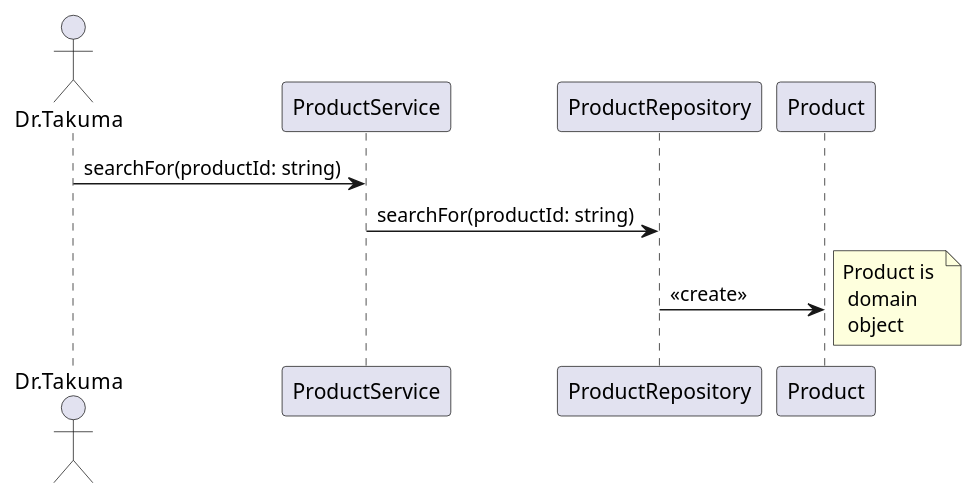
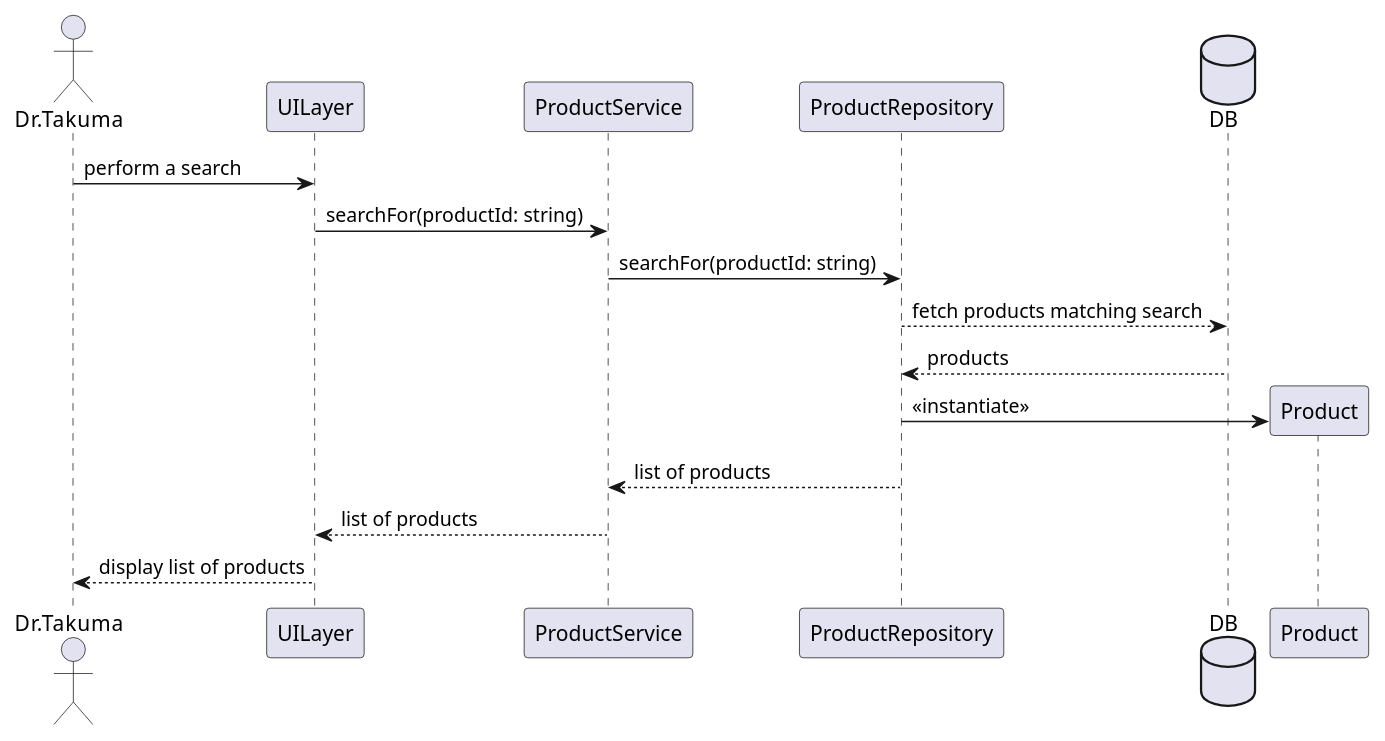
One commit to takumab/medical-supply-order-system-api- changed the diagram in service-level.puml. Above: the diagram before and after it, drawn with PlantUML. The commit also changed 3 other files, not shown here.

Commit message:
Implemented Hexagonal Architecture

```diff
--- a/service-level.puml
+++ b/service-level.puml
@@ -1,8 +1,21 @@
 @startuml
 actor Dr.Takuma
-Dr.Takuma -> ProductService: searchFor(productId: string)
+participant UILayer
+participant ProductService
+participant ProductRepository
+database DB
+participant Product
+
+
+Dr.Takuma -> UILayer: perform a search
+UILayer -> ProductService: searchFor(productId: string)
 ProductService -> ProductRepository: searchFor(productId: string)
-ProductRepository -> Product: <<create>>
-note right: Product is \n domain \n object
+ProductRepository --> DB: fetch products matching search
+ProductRepository <-- DB: products
+create Product
+ProductRepository -> Product: <<instantiate>>
+ProductService <-- ProductRepository: list of products
+UILayer <-- ProductService: list of products
+Dr.Takuma <-- UILayer: display list of products
 
 @enduml
```
